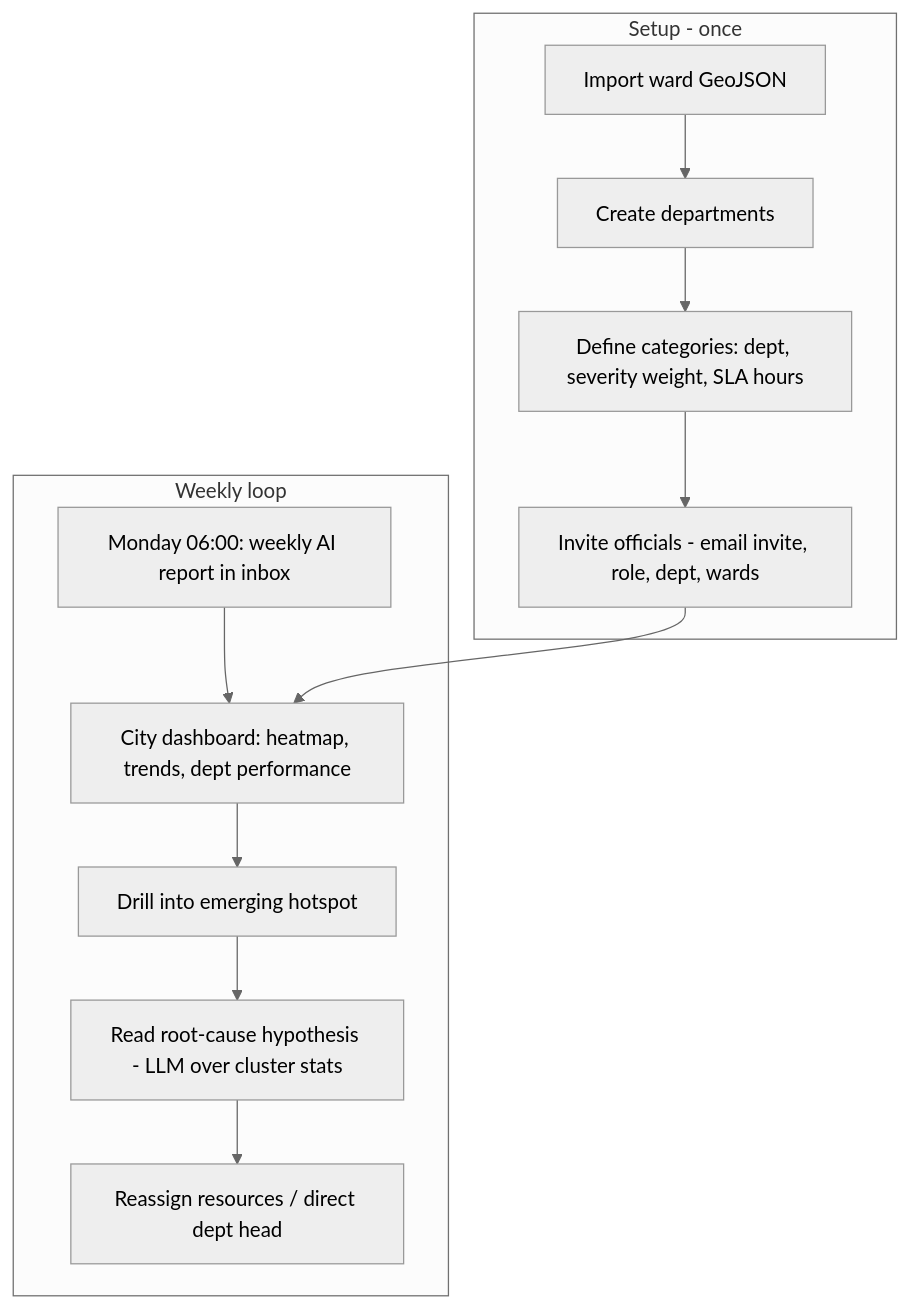
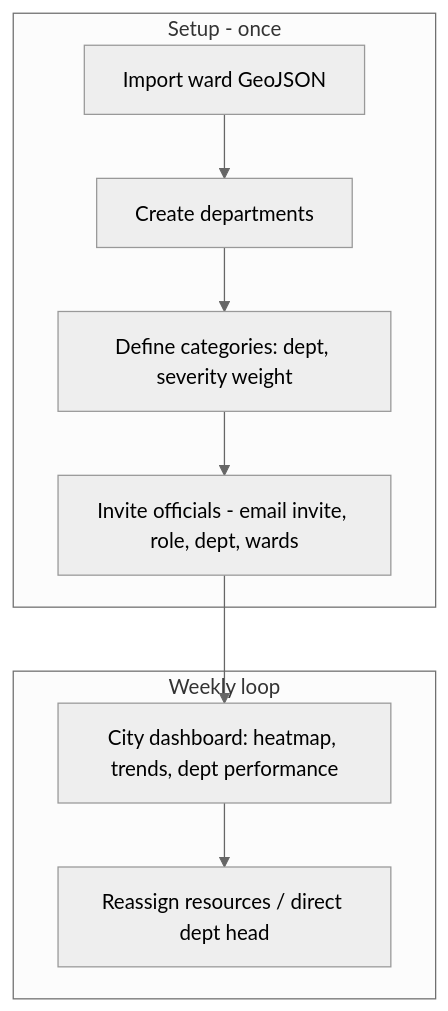
The sixth of 7 diagrams in docs/02-user-flows.md (kalisingh2277/CivicPulse-AI), drawn with Mermaid (neutral theme) before and after one commit. The commit also changed other lines of this file and 9 other files, not shown here.

````diff
--- a/docs/02-user-flows.md
+++ b/docs/02-user-flows.md
@@ -146,15 +129,12 @@
 ```mermaid
 flowchart TD
     subgraph Setup - once
       A[Import ward GeoJSON] --> B[Create departments]
-      B --> C[Define categories: dept, severity weight, SLA hours]
+      B --> C[Define categories: dept, severity weight]
       C --> D[Invite officials - email invite, role, dept, wards]
     end
     subgraph Weekly loop
-      E[City dashboard: heatmap, trends, dept performance] --> F[Drill into emerging hotspot]
-      F --> G[Read root-cause hypothesis - LLM over cluster stats]
-      G --> H[Reassign resources / direct dept head]
-      I[Monday 06:00: weekly AI report in inbox] --> E
+      E[City dashboard: heatmap, trends, dept performance] --> H[Reassign resources / direct dept head]
     end
     D --> E
 ```
````
